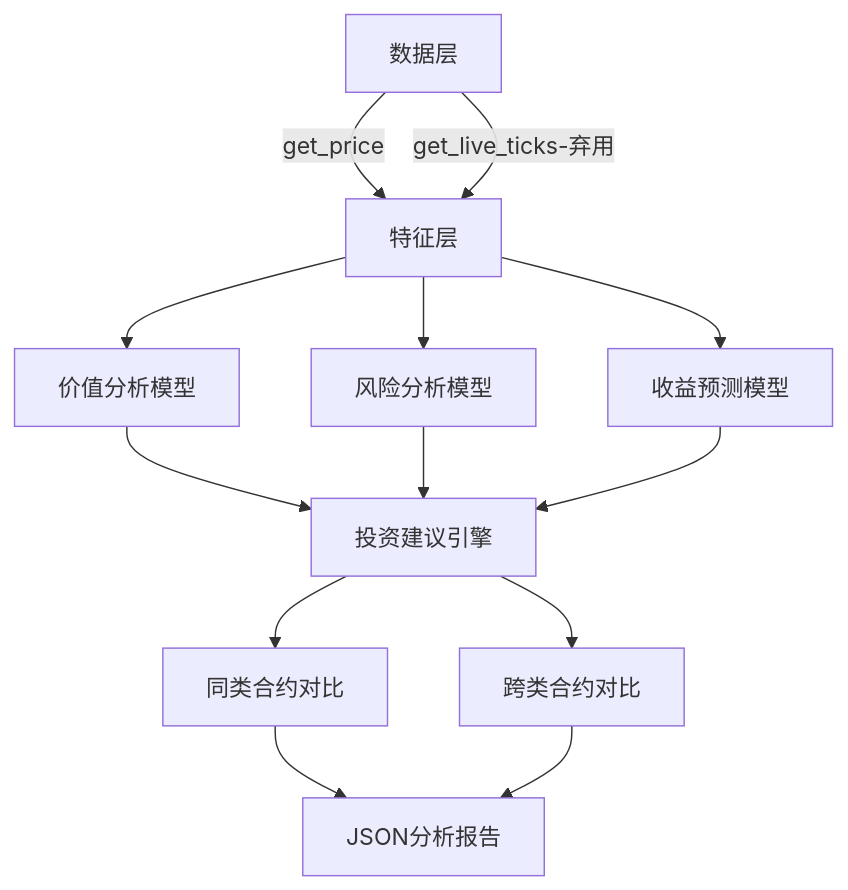
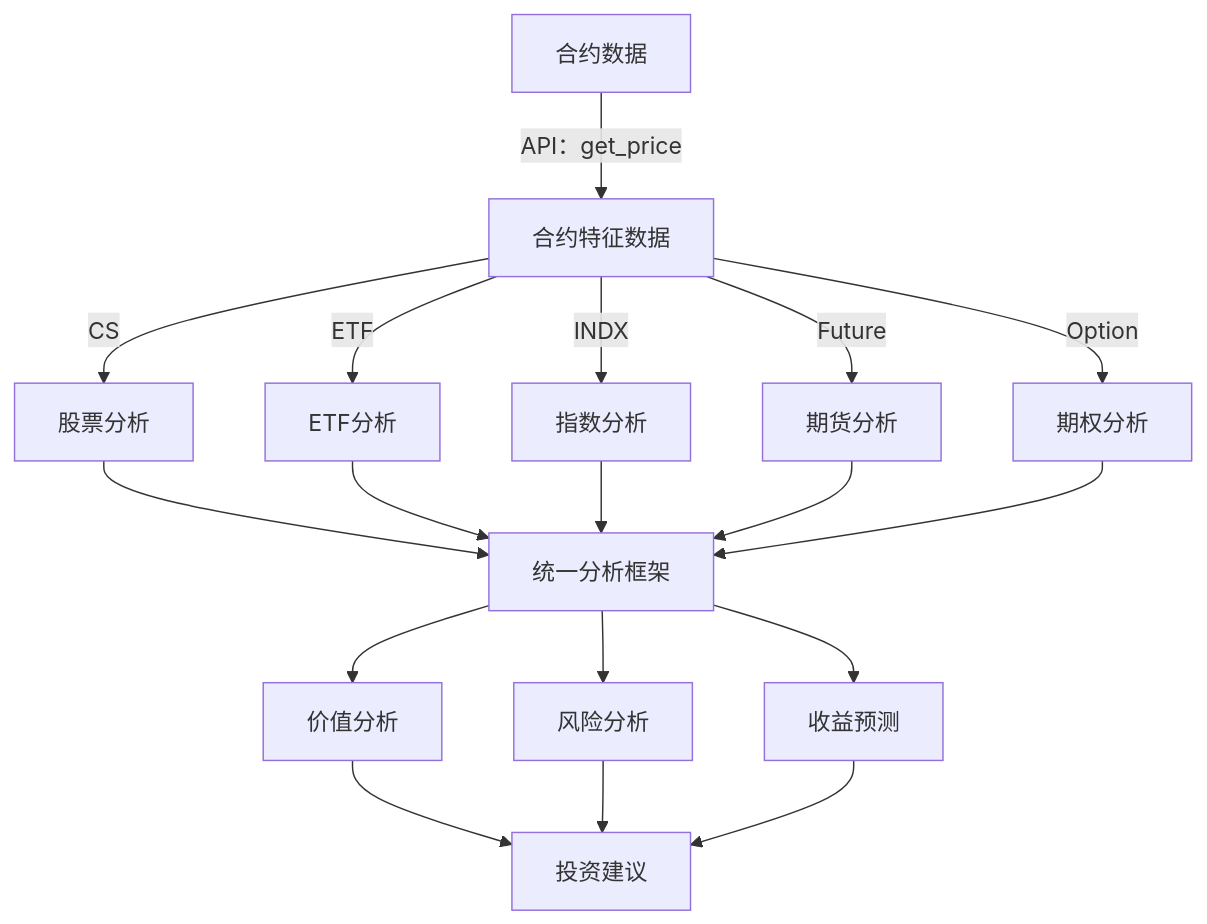
Before and after one commit to Dujsjs/fdu2025_bigdata_final: the diagram in ProjectDesigns.md, drawn with Mermaid. The commit also changed other lines of this file and 9 other files, not shown here.

````diff
--- a/ProjectDesigns.md
+++ b/ProjectDesigns.md
@@ -42,12 +42,14 @@
     ```mermaid
     graph TD
-    A[数据层] -->|get_price| B[特征层]
-    A -->|get_live_ticks-弃用| B
-    B --> C[价值分析模型]
-    B --> D[风险分析模型]
-    B --> E[收益预测模型]
-    C & D & E --> F[投资建议引擎]
-    F --> G[同类合约对比]
-    F --> H[跨类合约对比]
-    G & H --> I[JSON分析报告]
+    A[合约数据] -->|API：get_price| B[合约特征数据]
+    B -->|CS| C[股票分析]
+    B -->|ETF| D[ETF分析]
+    B -->|INDX| E[指数分析]
+    B -->|Future| F[期货分析]
+    B -->|Option| G[期权分析]
+    C & D & E & F & G --> H[统一分析框架]
+    H --> I[价值分析]
+    H --> J[风险分析]
+    H --> K[收益预测]
+    I & J & K --> L[投资建议]
     ```
````
